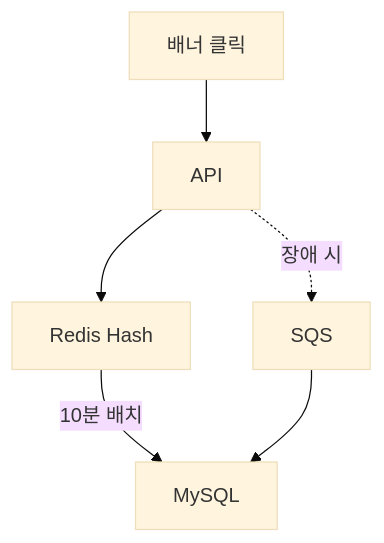
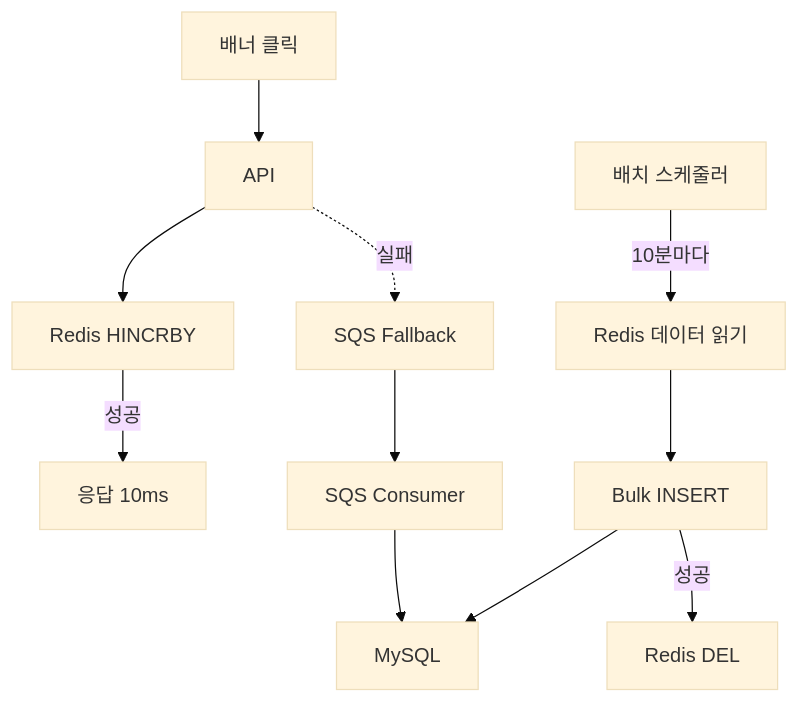
Before and after one commit to banggeunho/banggeunho: the diagram in portfolio/projects/redis-writeback-optimization/index.md, drawn with Mermaid (base theme). The commit also changed other lines of this file and 5 other files, not shown here.

First line of the commit message:
Improve portfolio projects with architect feedback

````diff
--- a/portfolio/projects/redis-writeback-optimization/index.md
+++ b/portfolio/projects/redis-writeback-optimization/index.md
@@ -33,9 +143,15 @@
 ```mermaid
 graph TB
     A[배너 클릭] --> B[API]
-    B --> C[Redis Hash]
-    C -->|10분 배치| D[MySQL]
+    B --> C[Redis HINCRBY]
+    C -->|성공| D[응답 10ms]
 
-    B -.장애 시.-> E[SQS]
-    E --> D
+    B -.실패.-> E[SQS Fallback]
+    E --> F[SQS Consumer]
+    F --> G[MySQL]
+
+    H[배치 스케줄러] -->|10분마다| I[Redis 데이터 읽기]
+    I --> J[Bulk INSERT]
+    J --> G
+    J -->|성공| K[Redis DEL]
 ```
````
